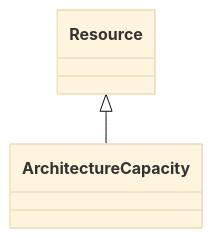
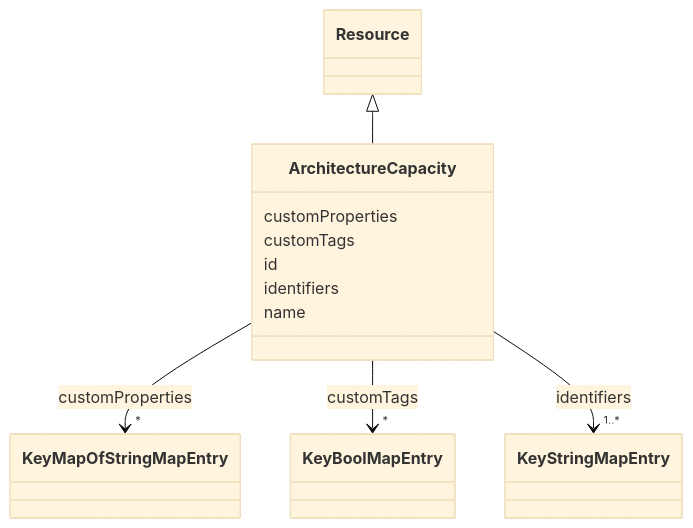
The diagram in docs/ArchitectureCapacity.md (takashikasuya/smartbuiding_ontology), drawn with Mermaid (base theme) before and after one commit. The commit also changed other lines of this file and 101 other files, not shown here.

First line of the commit message:
Add documentation for Media and Schema classes, including slots and mappings

````diff
--- a/docs/ArchitectureCapacity.md
+++ b/docs/ArchitectureCapacity.md
@@ -18,9 +18,46 @@
 ```mermaid
  classDiagram
     class ArchitectureCapacity
     click ArchitectureCapacity href "../ArchitectureCapacity/"
       Resource <|-- ArchitectureCapacity
         click Resource href "../Resource/"
       
+      ArchitectureCapacity : customProperties
+        
+          
+    
+        
+        
+        ArchitectureCapacity --> "*" KeyMapOfStringMapEntry : customProperties
+        click KeyMapOfStringMapEntry href "../KeyMapOfStringMapEntry/"
+    
+
+        
+      ArchitectureCapacity : customTags
+        
+          
+    
+        
+        
+        ArchitectureCapacity --> "*" KeyBoolMapEntry : customTags
+        click KeyBoolMapEntry href "../KeyBoolMapEntry/"
+    
+
+        
+      ArchitectureCapacity : id
+        
+      ArchitectureCapacity : identifiers
+        
+          
+    
+        
+        
+        ArchitectureCapacity --> "1..*" KeyStringMapEntry : identifiers
+        click KeyStringMapEntry href "../KeyStringMapEntry/"
+    
+
+        
+      ArchitectureCapacity : name
+        
       
 ```
````
